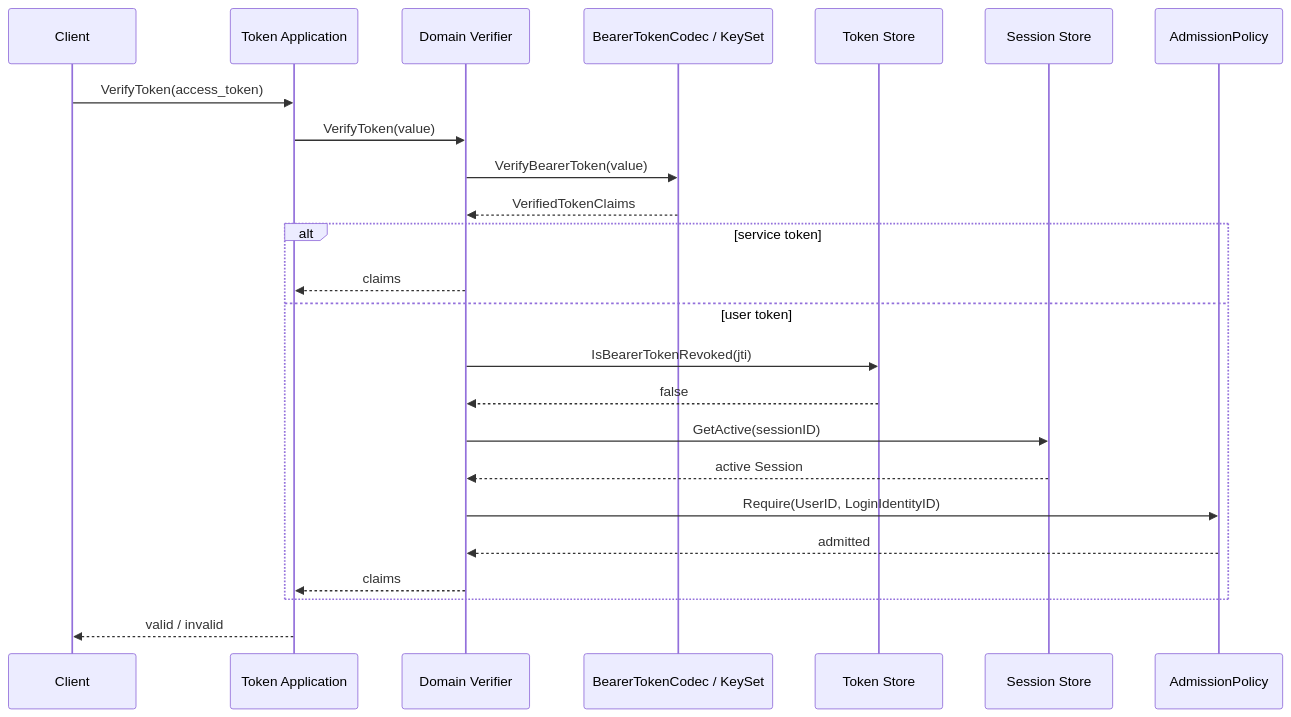
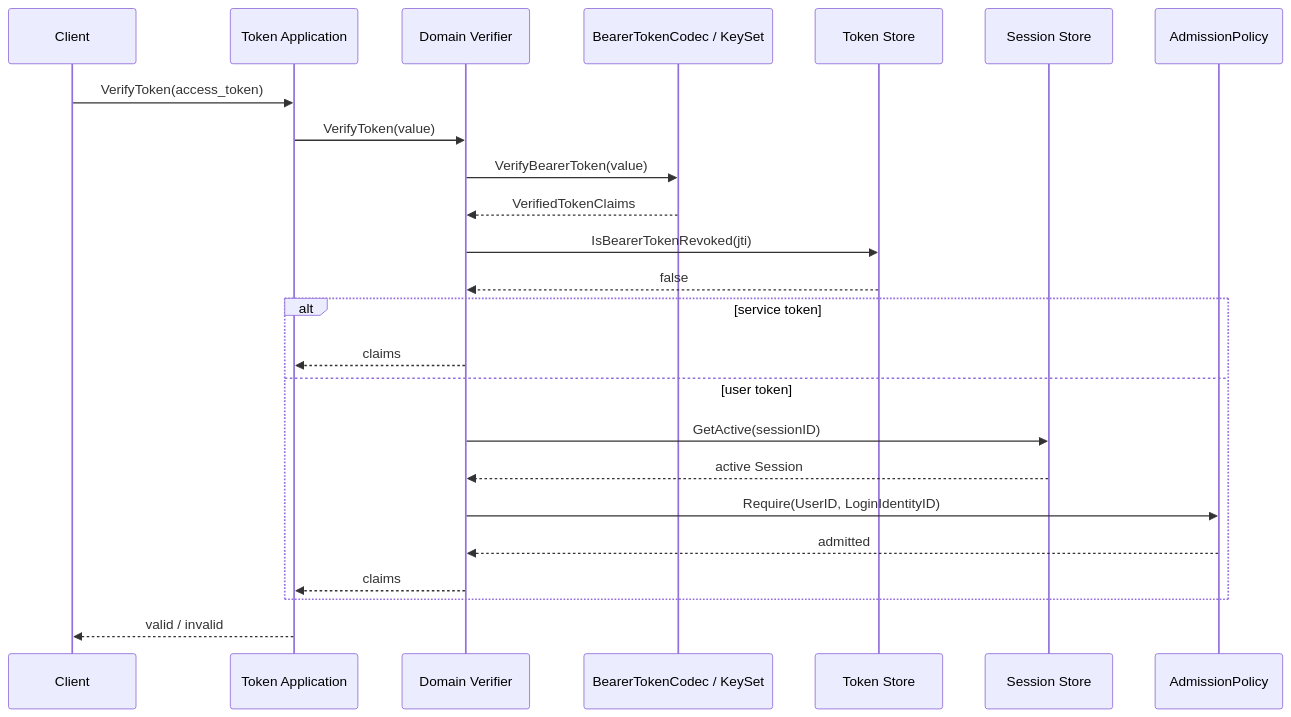
The third of 9 diagrams in docs/02-业务模块/02-AuthN/05-关键链路-Token签发刷新吊销.md (FangcunMount/iam), drawn with Mermaid before and after one commit. The commit also changed other lines of this file and 11 other files, not shown here.

````diff
--- a/docs/02-业务模块/02-AuthN/05-关键链路-Token签发刷新吊销.md
+++ b/docs/02-业务模块/02-AuthN/05-关键链路-Token签发刷新吊销.md
@@ -285,27 +285,27 @@
 ```mermaid
 sequenceDiagram
     participant C as Client
     participant A as Token Application
     participant V as Domain Verifier
     participant Codec as BearerTokenCodec / KeySet
     participant TS as Token Store
     participant SS as Session Store
     participant AP as AdmissionPolicy
 
     C->>A: VerifyToken(access_token)
     A->>V: VerifyToken(value)
     V->>Codec: VerifyBearerToken(value)
     Codec-->>V: VerifiedTokenClaims
+    V->>TS: IsBearerTokenRevoked(jti)
+    TS-->>V: false
     alt service token
         V-->>A: claims
     else user token
-        V->>TS: IsBearerTokenRevoked(jti)
-        TS-->>V: false
         V->>SS: GetActive(sessionID)
         SS-->>V: active Session
         V->>AP: Require(UserID, LoginIdentityID)
         AP-->>V: admitted
         V-->>A: claims
     end
     A-->>C: valid / invalid
 ```
````
